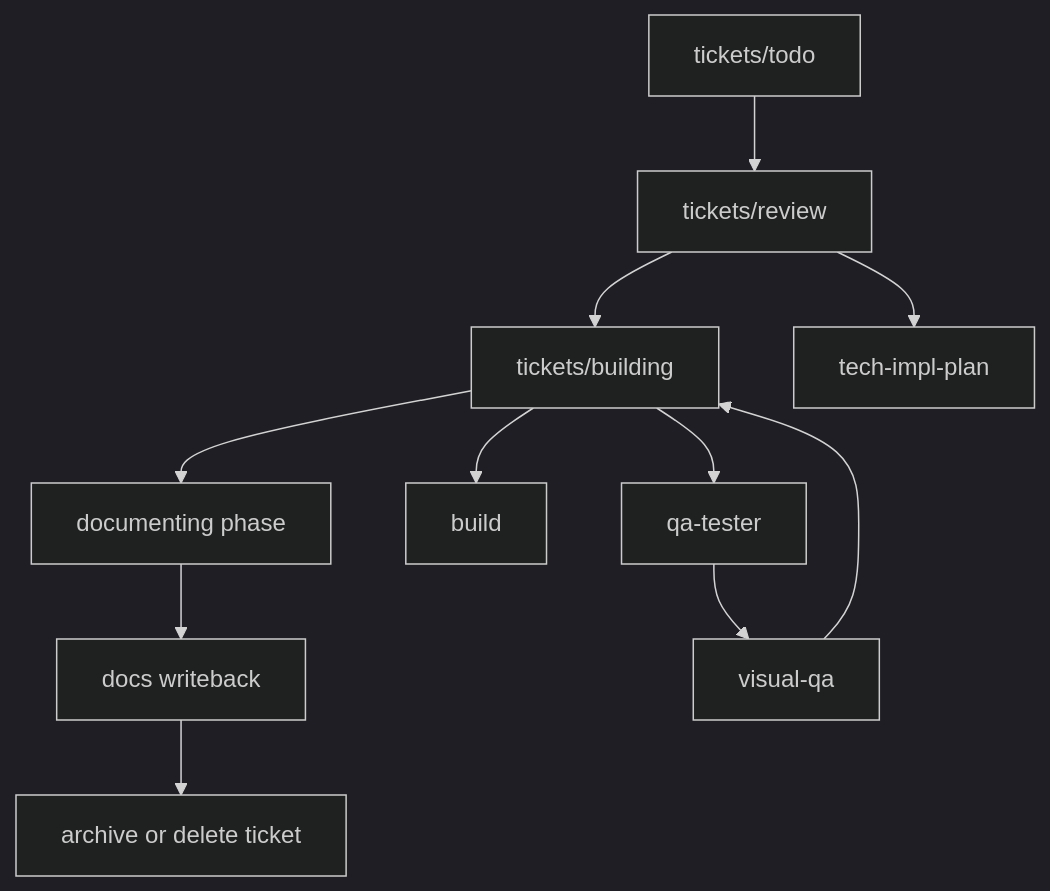
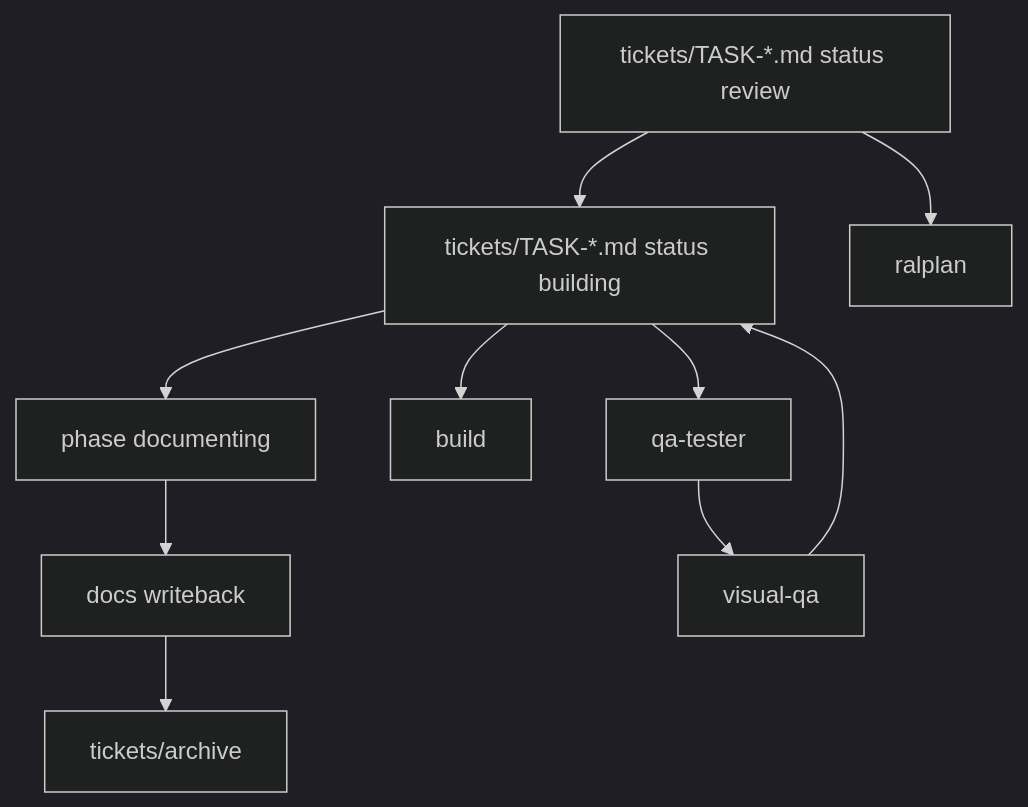
The diagram in AGENTS.md (ZanarkandTechnologies/Farplane), drawn with Mermaid (dark theme) before and after one commit. The commit also changed other lines of this file and 78 other files, not shown here.

````diff
--- a/AGENTS.md
+++ b/AGENTS.md
@@ -18,13 +14,12 @@
 ```mermaid
 flowchart TD
-    A[tickets/todo] --> B[tickets/review]
-    B --> C[tickets/building]
-    C --> D[documenting phase]
-    D --> E[docs writeback]
-    E --> F[archive or delete ticket]
-    B --> G[tech-impl-plan]
-    C --> H[build]
-    C --> I[qa-tester]
-    I --> J[visual-qa]
-    J --> C
+    A[tickets/TASK-*.md status review] --> B[tickets/TASK-*.md status building]
+    B --> C[phase documenting]
+    C --> D[docs writeback]
+    D --> E[tickets/archive]
+    A --> F[ralplan]
+    B --> G[build]
+    B --> H[qa-tester]
+    H --> I[visual-qa]
+    I --> B
 ```
````
